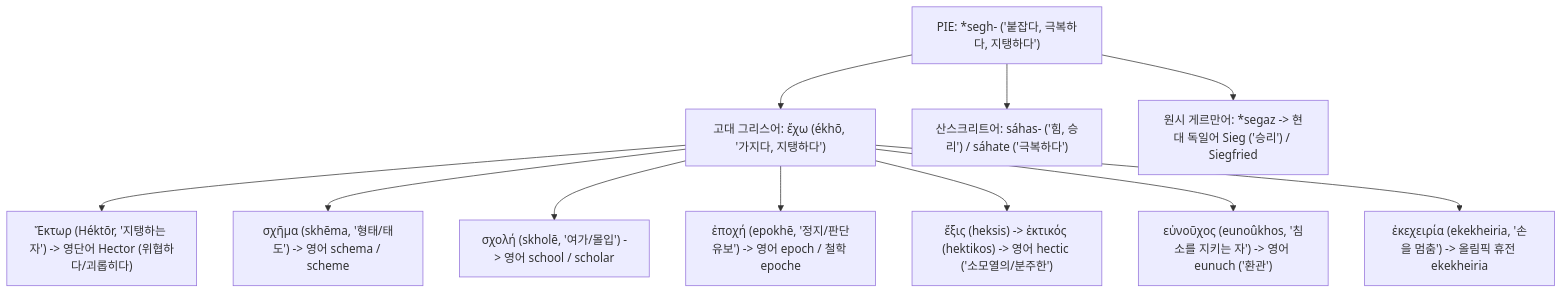
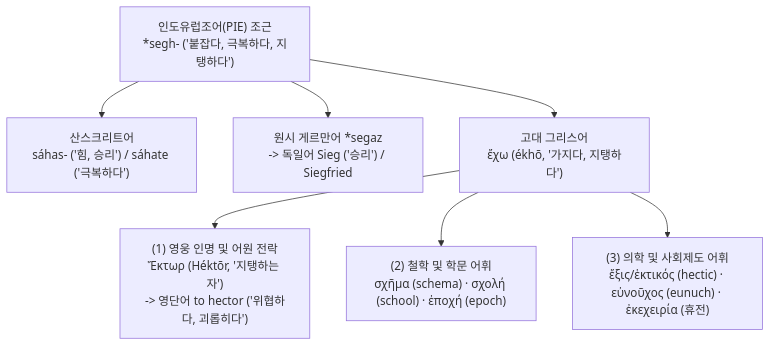
Before and after one commit to YgHnSIM/Homer_wiki: the first of 2 diagrams in words/word-hector.md, drawn with Mermaid. The commit also changed other lines of this file and 2 other files, not shown here.

Commit message:
fix(words): Hector 문서 브라우저 렌더링 검토 및 다이어그램·서식 교정

````diff
--- a/words/word-hector.md
+++ b/words/word-hector.md
@@ -47,16 +47,12 @@
 ```mermaid
-graph TD
-    PIE["PIE: *segh- ('붙잡다, 극복하다, 지탱하다')"]
+flowchart TD
+    PIE["인도유럽조어(PIE) 조근<br/>*segh- ('붙잡다, 극복하다, 지탱하다')"]
 
-    PIE --> GRK_EKH["고대 그리스어: ἔχω (ékhō, '가지다, 지탱하다')"]
-    PIE --> SKT["산스크리트어: sáhas- ('힘, 승리') / sáhate ('극복하다')"]
-    PIE --> GER["원시 게르만어: *segaz -> 현대 독일어 Sieg ('승리') / Siegfried"]
+    PIE --> SKT["산스크리트어<br/>sáhas- ('힘, 승리') / sáhate ('극복하다')"]
+    PIE --> GER["원시 게르만어 *segaz<br/>-> 독일어 Sieg ('승리') / Siegfried"]
+    PIE --> GRK["고대 그리스어<br/>ἔχω (ékhō, '가지다, 지탱하다')"]
 
-    GRK_EKH --> HEKTOR["Ἕκτωρ (Héktōr, '지탱하는 자') -> 영단어 Hector (위협하다/괴롭히다)"]
-    GRK_EKH --> SKHEMA["σχῆμα (skhēma, '형태/태도') -> 영어 schema / scheme"]
-    GRK_EKH --> SKHOLE["σχολή (skholē, '여가/몰입') -> 영어 school / scholar"]
-    GRK_EKH --> EPOKHE["ἐποχή (epokhē, '정지/판단유보') -> 영어 epoch / 철학 epoche"]
-    GRK_EKH --> HEKTIS["ἕξις (heksis) -> ἑκτικός (hektikos) -> 영어 hectic ('소모열의/분주한')"]
-    GRK_EKH --> EUNOUKH["εὐνοῦχος (eunoûkhos, '침소를 지키는 자') -> 영어 eunuch ('환관')"]
-    GRK_EKH --> EKEKHEIR["ἐκεχειρία (ekekheiria, '손을 멈춤') -> 올림픽 휴전 ekekheiria"]
+    GRK --> B1["(1) 영웅 인명 및 어원 전락<br/>Ἕκτωρ (Héktōr, '지탱하는 자')<br/>-> 영단어 to hector ('위협하다, 괴롭히다')"]
+    GRK --> B2["(2) 철학 및 학문 어휘<br/>σχῆμα (schema) · σχολή (school) · ἐποχή (epoch)"]
+    GRK --> B3["(3) 의학 및 사회제도 어휘<br/>ἕξις/ἑκτικός (hectic) · εὐνοῦχος (eunuch) · ἐκεχειρία (휴전)"]
 ```
````
